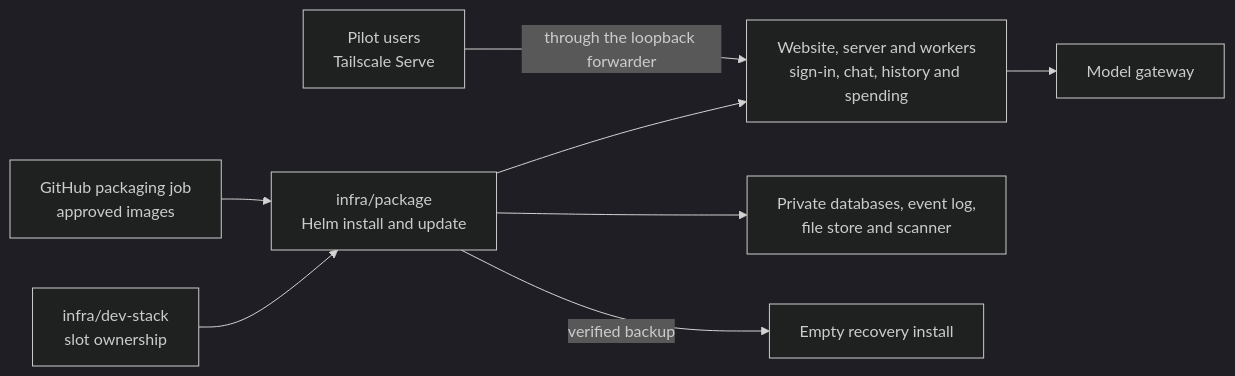
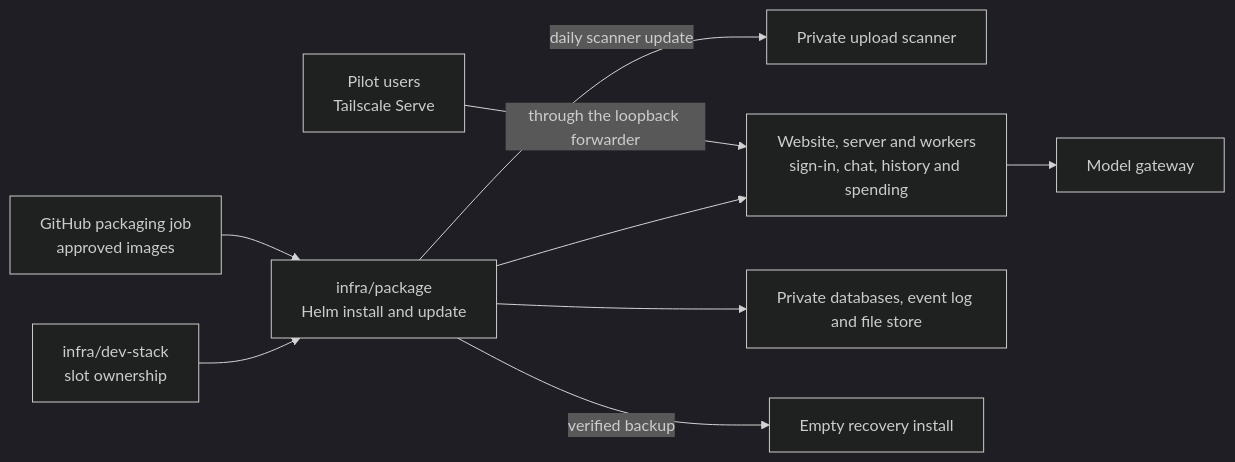
One commit to elewa-git/opencrane-new changed the diagram in infra/package/README.md. Above: the diagram before and after it, drawn with Mermaid (dark theme). The commit also changed other lines of this file and 30 other files, not shown here.

Commit message:
🦠 Refresh the approved scanner in a running package

````diff
--- a/infra/package/README.md
+++ b/infra/package/README.md
@@ -19,10 +19,11 @@
 ```mermaid
 flowchart LR
   stack["infra/dev-stack<br/>slot ownership"] --> package["infra/package<br/>Helm install and update"]
   ci["GitHub packaging job<br/>approved images"] --> package
+  package -->|daily scanner update| scanner["Private upload scanner"]
   package --> apps["Website, server and workers<br/>sign-in, chat, history and spending"]
   tailnet["Pilot users<br/>Tailscale Serve"] -->|through the loopback forwarder| apps
-  package --> services["Private databases, event log,<br/>file store and scanner"]
+  package --> services["Private databases, event log and file store"]
   apps --> models["Model gateway"]
   package -->|verified backup| recovery["Empty recovery install"]
 ```
````
